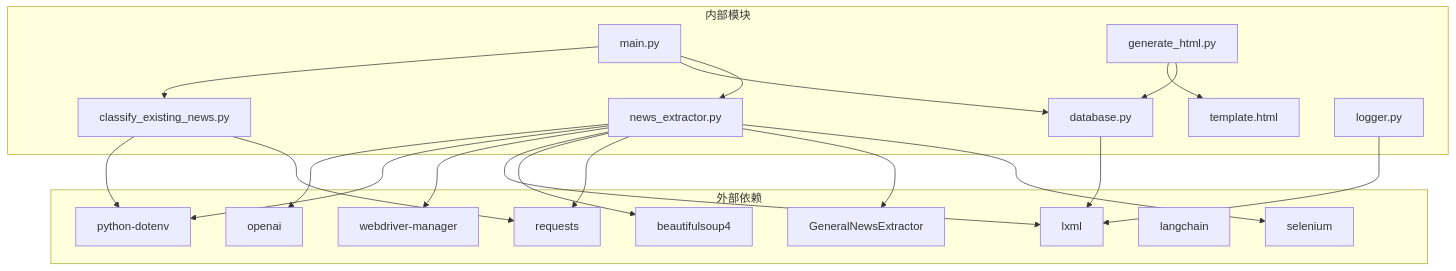
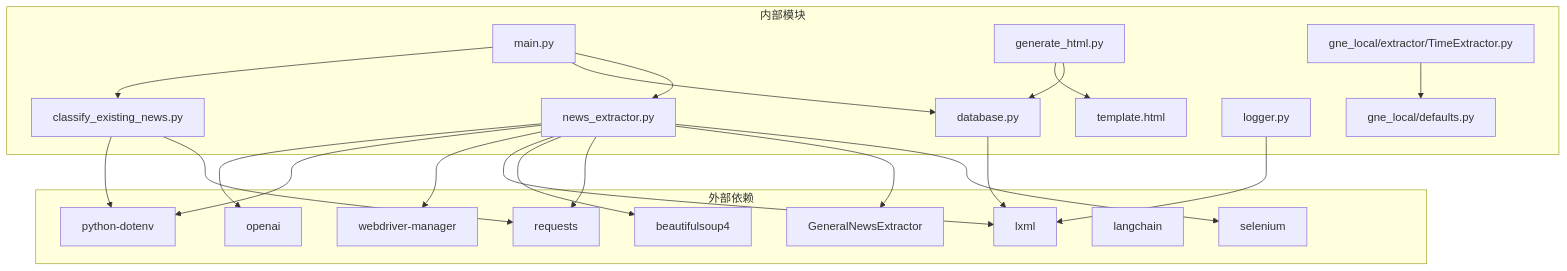
The eighth of 8 diagrams in .qoder/repowiki/zh/content/报告生成系统/报告生成系统.md (dengwanqian/news-exacter), drawn with Mermaid before and after one commit. The commit also changed other lines of this file and 8 other files, not shown here.

````diff
--- a/.qoder/repowiki/zh/content/报告生成系统/报告生成系统.md
+++ b/.qoder/repowiki/zh/content/报告生成系统/报告生成系统.md
@@ -276,40 +314,43 @@
 ```mermaid
 graph TB
 subgraph "外部依赖"
 R1["selenium"]
 R2["GeneralNewsExtractor"]
 R3["requests"]
 R4["beautifulsoup4"]
 R5["lxml"]
 R6["webdriver-manager"]
 R7["python-dotenv"]
 R8["langchain"]
 R9["openai"]
 end
 subgraph "内部模块"
 M1["main.py"]
 M2["news_extractor.py"]
 M3["database.py"]
 M4["classify_existing_news.py"]
 M5["generate_html.py"]
 M6["template.html"]
 M7["logger.py"]
+M8["gne_local/extractor/TimeExtractor.py"]
+M9["gne_local/defaults.py"]
 end
 M1 --> M2
 M1 --> M3
 M1 --> M4
 M5 --> M3
 M5 --> M6
 M2 --> R1
 M2 --> R2
 M2 --> R3
 M2 --> R4
 M2 --> R5
 M2 --> R6
 M2 --> R7
 M2 --> R9
 M4 --> R3
 M4 --> R7
 M3 --> R5
 M7 --> R5
+M8 --> M9
 ```
````
